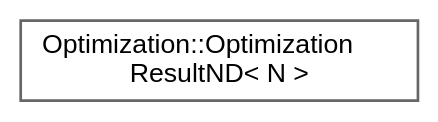
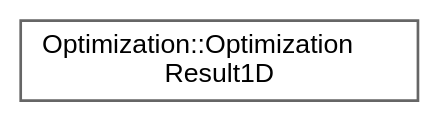
Before and after one commit to jswoo0615/Algorithms_for_Optimization_cpp: the diagram in inherit_graph_16.dot, drawn with Graphviz. The commit also changed 44 other files, not shown here.

```diff
--- a/inherit_graph_16.dot
+++ b/inherit_graph_16.dot
@@ -1,9 +1,9 @@
 digraph "Graphical Class Hierarchy"
 {
  // LATEX_PDF_SIZE
   bgcolor="transparent";
   edge [fontname=Helvetica,fontsize=10,labelfontname=Helvetica,labelfontsize=10];
   node [fontname=Helvetica,fontsize=10,shape=box,height=0.2,width=0.4];
   rankdir="LR";
-  Node0 [id="Node000000",label="Optimization::Optimization\lResultND\< N \>",height=0.2,width=0.4,color="grey40", fillcolor="white", style="filled",URL="$structOptimization_1_1OptimizationResultND.html",tooltip=" "];
+  Node0 [id="Node000000",label="Optimization::Optimization\lResult1D",height=0.2,width=0.4,color="grey40", fillcolor="white", style="filled",URL="$structOptimization_1_1OptimizationResult1D.html",tooltip="1차원 최적화 결과를 담는 구조체"];
 }
```
